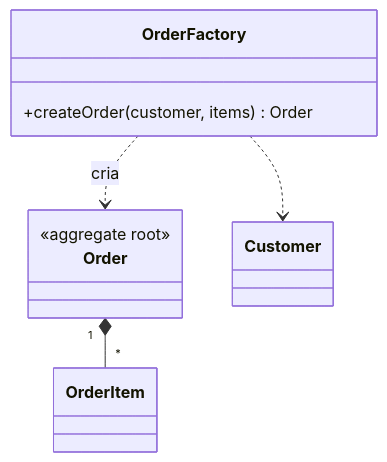
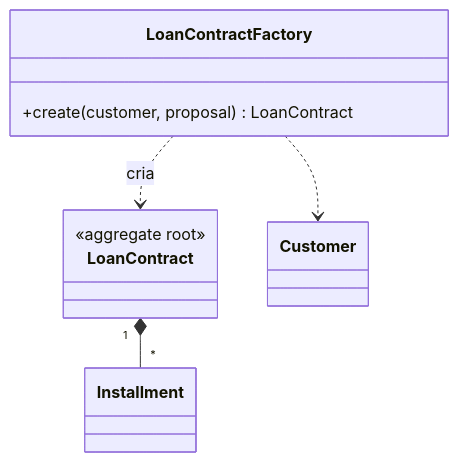
The diagram in docs/design/ddd/building-blocks/factory.md (alancesar/design-patterns), drawn with Mermaid before and after one commit. The commit also changed other lines of this file and 67 other files, not shown here.

First line of the commit message:
Switch DDD examples and diagrams to fintech scenarios

````diff
--- a/docs/design/ddd/building-blocks/factory.md
+++ b/docs/design/ddd/building-blocks/factory.md
@@ -53,14 +53,14 @@
 ```mermaid
 classDiagram
-    class OrderFactory {
-        +createOrder(customer, items) Order
+    class LoanContractFactory {
+        +create(customer, proposal) LoanContract
     }
-    class Order {
+    class LoanContract {
         <<aggregate root>>
     }
-    class OrderItem
+    class Installment
     class Customer
-    OrderFactory ..> Order : cria
-    OrderFactory ..> Customer
-    Order "1" *-- "*" OrderItem
+    LoanContractFactory ..> LoanContract : cria
+    LoanContractFactory ..> Customer
+    LoanContract "1" *-- "*" Installment
 ```
````
